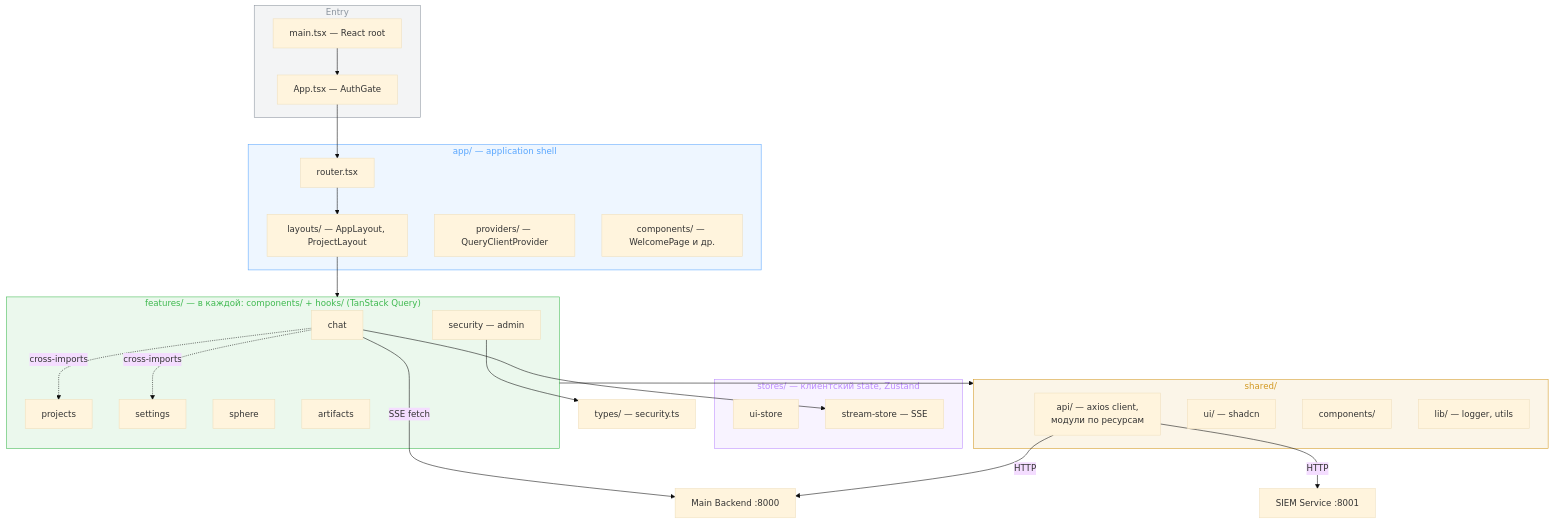
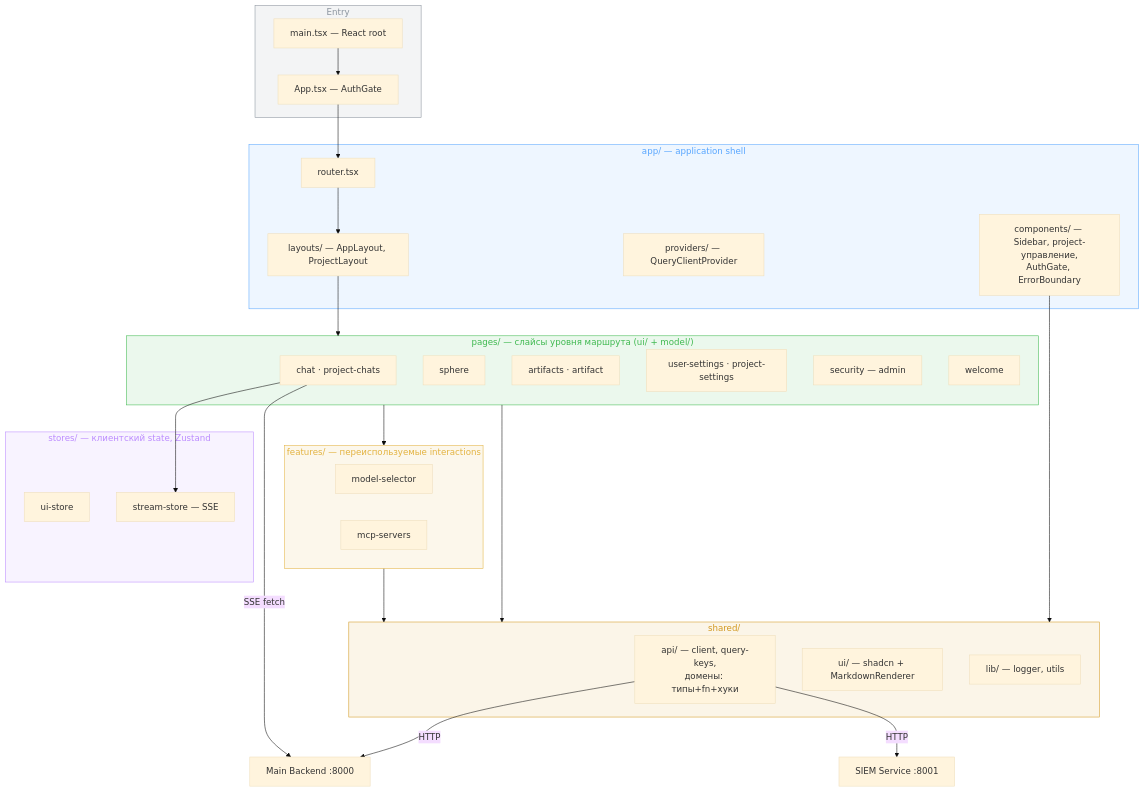
One commit to Bbar0n234/learnflow-ai changed the second of 2 diagrams in doc/tech/frontend.md. Above: the diagram before and after it, drawn with Mermaid (base theme). The commit also changed other lines of this file and 125 other files, not shown here.

````diff
--- a/doc/tech/frontend.md
+++ b/doc/tech/frontend.md
@@ -309,59 +301,62 @@
 ```mermaid
 graph TD
     BE["Main Backend :8000"]
     SIEMS["SIEM Service :8001"]
 
     subgraph ENTRY["Entry"]
         MAINX["main.tsx — React root"]
         APPX["App.tsx — AuthGate"]
     end
 
     subgraph SHELL["app/ — application shell"]
         ROUTERX["router.tsx"]
         LAY["layouts/ — AppLayout, ProjectLayout"]
         PROVX["providers/ — QueryClientProvider"]
-        ACOMP["components/ — WelcomePage и др."]
+        ACOMP["components/ — Sidebar, project-управление,<br>AuthGate, ErrorBoundary"]
     end
 
-    subgraph FEATS["features/ — в каждой: components/ + hooks/ (TanStack Query)"]
-        CHATF["chat"]
-        PROJF["projects"]
-        SETF["settings"]
-        SPHF["sphere"]
-        ARTF["artifacts"]
-        SECFX["security — admin"]
+    subgraph PAGESL["pages/ — слайсы уровня маршрута (ui/ + model/)"]
+        CHATP["chat · project-chats"]
+        SPHP["sphere"]
+        ARTP["artifacts · artifact"]
+        SETP["user-settings · project-settings"]
+        SECP["security — admin"]
+        WELP["welcome"]
+    end
+
+    subgraph FEATSL["features/ — переиспользуемые interactions"]
+        MSEL["model-selector"]
+        MCPF["mcp-servers"]
     end
 
     subgraph CLST["stores/ — клиентский state, Zustand"]
         UIST["ui-store"]
         STST["stream-store — SSE"]
     end
 
     subgraph SHRD["shared/"]
-        APIX["api/ — axios client,<br>модули по ресурсам"]
-        UIX["ui/ — shadcn"]
-        SCOMP["components/"]
+        APIX["api/ — client, query-keys,<br>домены: типы+fn+хуки"]
+        UIX["ui/ — shadcn + MarkdownRenderer"]
         LIBX["lib/ — logger, utils"]
     end
-
-    TYPESX["types/ — security.ts"]
 
     MAINX --> APPX
     APPX --> ROUTERX
     ROUTERX --> LAY
-    LAY --> FEATS
-    FEATS --> SHRD
-    CHATF --> STST
-    SECFX --> TYPESX
-    CHATF -. "cross-imports" .-> SETF
-    CHATF -. "cross-imports" .-> PROJF
+    LAY --> PAGESL
+    PAGESL --> FEATSL
+    PAGESL --> SHRD
+    FEATSL --> SHRD
+    ACOMP --> SHRD
+    CHATP --> STST
     APIX -->|HTTP| BE
     APIX -->|HTTP| SIEMS
-    CHATF -->|"SSE fetch"| BE
+    CHATP -->|"SSE fetch"| BE
 
     style ENTRY fill:#8b949e1a,stroke:#8b949e,color:#8b949e
     style SHELL fill:#58a6ff1a,stroke:#58a6ff,color:#58a6ff
-    style FEATS fill:#3fb9501a,stroke:#3fb950,color:#3fb950
+    style PAGESL fill:#3fb9501a,stroke:#3fb950,color:#3fb950
+    style FEATSL fill:#e3b3411a,stroke:#e3b341,color:#e3b341
     style CLST fill:#bc8cff1a,stroke:#bc8cff,color:#bc8cff
     style SHRD fill:#d299221a,stroke:#d29922,color:#d29922
 ```
````
